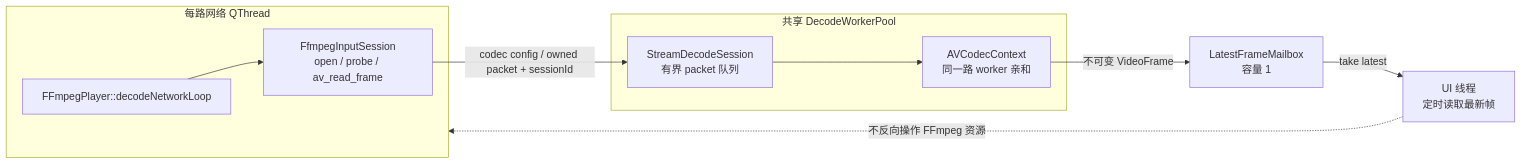
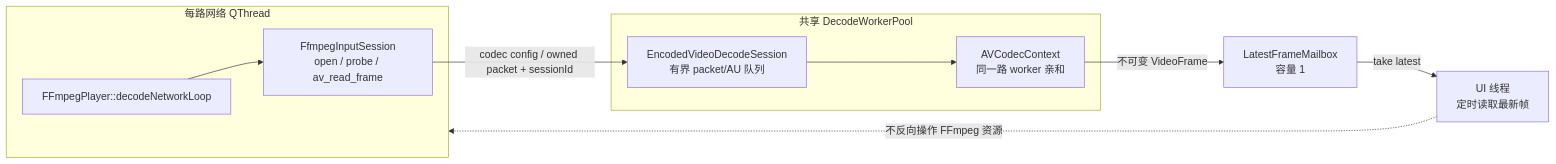
One commit to FKstack/rtmpProject changed the third of 9 diagrams in docs/versions/rtmp-v1/architecture/progressive_decoupling_architecture.md. Above: the diagram before and after it, drawn with Mermaid. The commit also changed other lines of this file and 24 other files, not shown here.

````diff
--- a/docs/versions/rtmp-v1/architecture/progressive_decoupling_architecture.md
+++ b/docs/versions/rtmp-v1/architecture/progressive_decoupling_architecture.md
@@ -272,22 +273,22 @@
 ```mermaid
 flowchart LR
     subgraph NetworkThread["每路网络 QThread"]
         PlayerLoop["FFmpegPlayer::decodeNetworkLoop"]
         Input["FfmpegInputSession<br/>open / probe / av_read_frame"]
         PlayerLoop --> Input
     end
 
     subgraph DecodeWorkers["共享 DecodeWorkerPool"]
-        Queue["StreamDecodeSession<br/>有界 packet 队列"]
+        Queue["EncodedVideoDecodeSession<br/>有界 packet/AU 队列"]
         Decoder["AVCodecContext<br/>同一路 worker 亲和"]
         Queue --> Decoder
     end
 
     Mailbox["LatestFrameMailbox<br/>容量 1"]
     UI["UI 线程<br/>定时读取最新帧"]
 
     Input -->|codec config / owned packet + sessionId| Queue
     Decoder -->|不可变 VideoFrame| Mailbox
     Mailbox -->|take latest| UI
     UI -.不反向操作 FFmpeg 资源.-> NetworkThread
 ```
````
